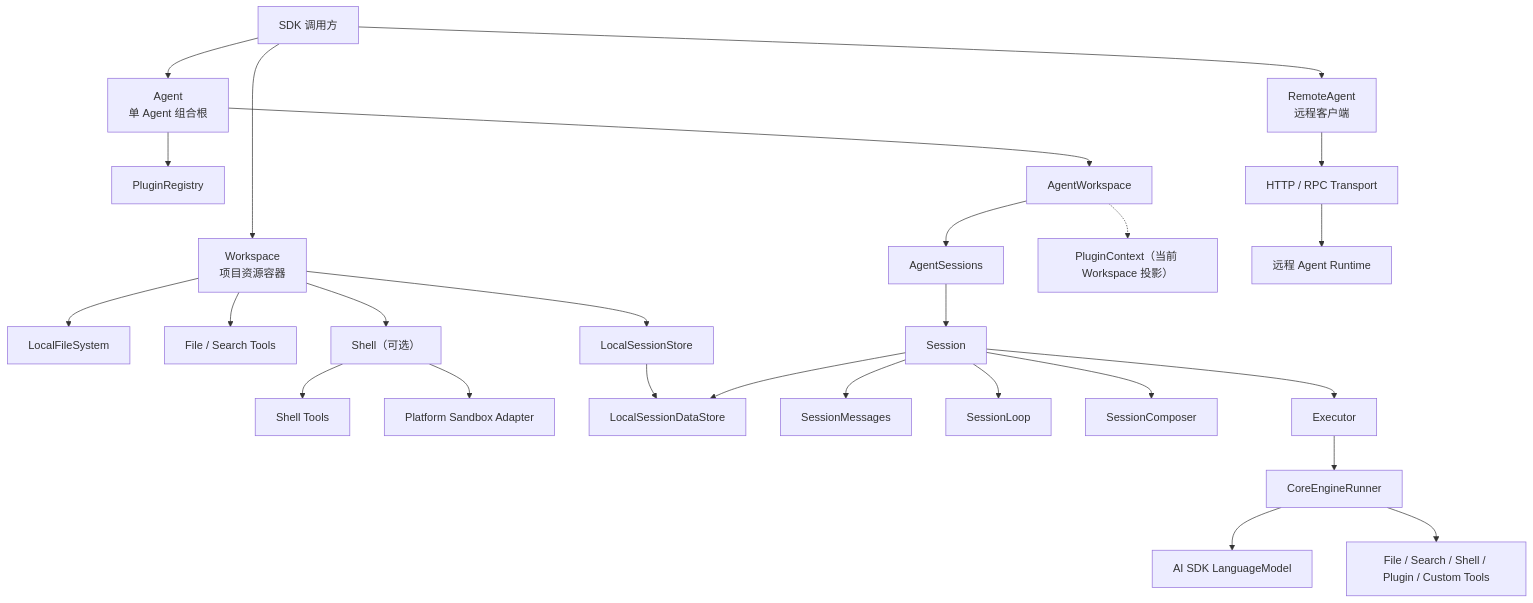
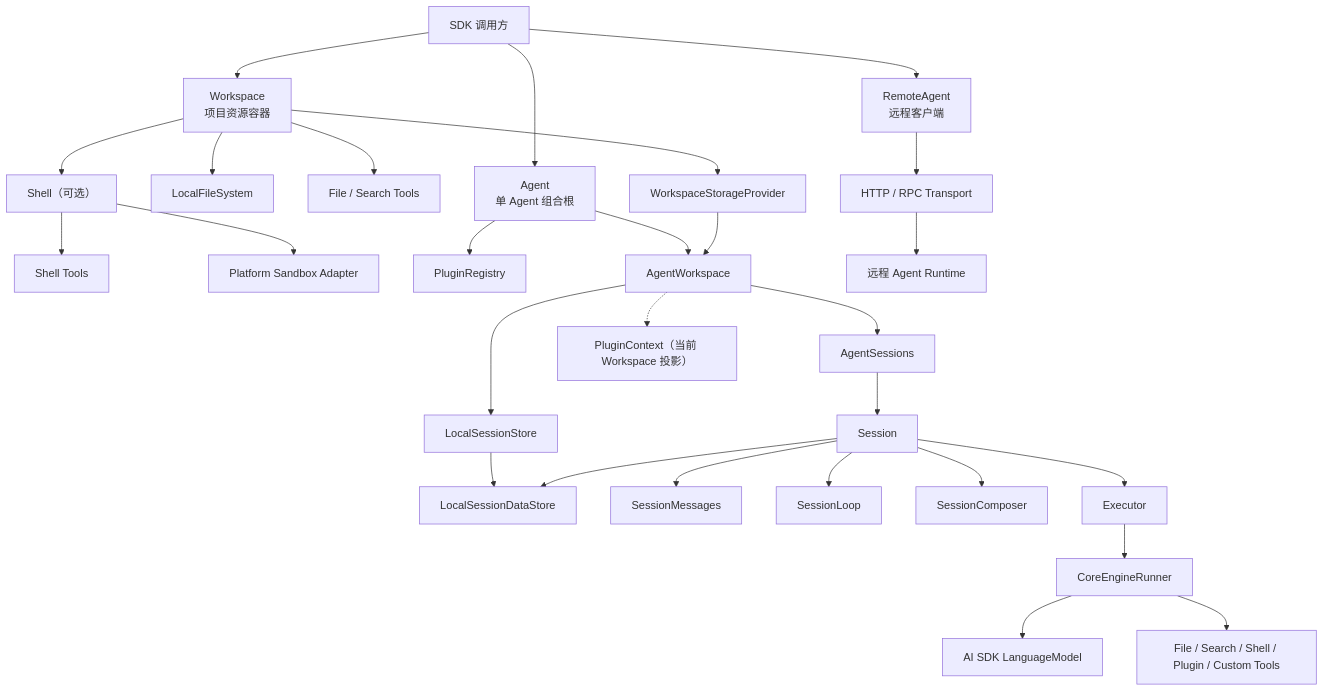
Before and after one commit to genesiscosmos/downcity: the first of 4 diagrams in docs/agent-sdk-architecture.md, drawn with Mermaid. The commit also changed other lines of this file and 322 other files, not shown here.

````diff
--- a/docs/agent-sdk-architecture.md
+++ b/docs/agent-sdk-architecture.md
@@ -32,34 +32,36 @@
 ```mermaid
 flowchart TD
     App["SDK 调用方"] --> Workspace["Workspace<br/>项目资源容器"]
     App --> Agent["Agent<br/>单 Agent 组合根"]
     App --> RemoteAgent["RemoteAgent<br/>远程客户端"]
 
     Workspace --> Files["LocalFileSystem"]
     Workspace --> WorkspaceTools["File / Search Tools"]
-    Workspace --> SessionStore["LocalSessionStore"]
+    Workspace --> StorageProvider["WorkspaceStorageProvider"]
     Workspace --> Shell["Shell（可选）"]
 
     Shell --> ShellTools["Shell Tools"]
     Shell --> Sandbox["Platform Sandbox Adapter"]
 
     Agent --> Plugins["PluginRegistry"]
     Agent --> AgentWorkspace["AgentWorkspace"]
+    AgentWorkspace --> SessionStore["LocalSessionStore"]
+    StorageProvider --> AgentWorkspace
     AgentWorkspace --> Sessions["AgentSessions"]
     AgentWorkspace -.-> Context["PluginContext（当前 Workspace 投影）"]
 
     Sessions --> Session["Session"]
     SessionStore --> SessionDataStore["LocalSessionDataStore"]
     Session --> SessionDataStore
     Session --> Messages["SessionMessages"]
     Session --> Loop["SessionLoop"]
     Session --> Composer["SessionComposer"]
     Session --> Executor["Executor"]
 
     Executor --> Engine["CoreEngineRunner"]
     Engine --> Model["AI SDK LanguageModel"]
     Engine --> Tools["File / Search / Shell / Plugin / Custom Tools"]
 
     RemoteAgent --> Transport["HTTP / RPC Transport"]
     Transport --> Server["远程 Agent Runtime"]
 ```
````
